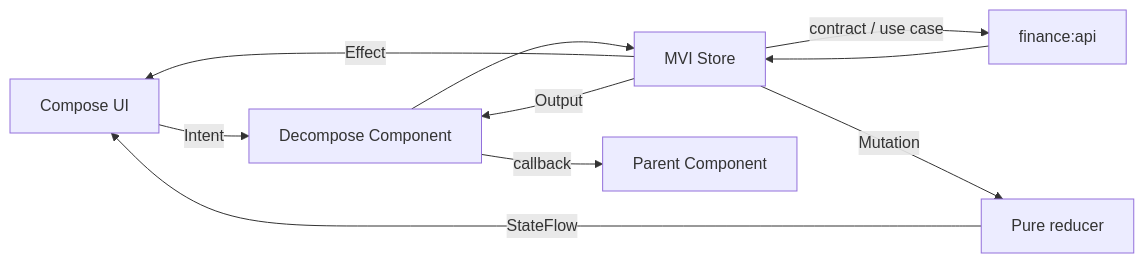
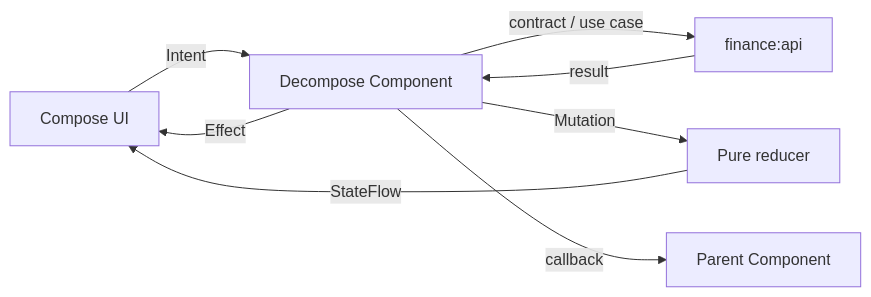
One commit to zagir005/ya_money changed the third of 3 diagrams in arch.md. Above: the diagram before and after it, drawn with Mermaid. The commit also changed other lines of this file and 55 other files, not shown here.

Commit message:
Добавил: Поменял контракт для Mvi Добавил MviComponent Убрал MetroDI, заменил на ручной DI

````diff
--- a/arch.md
+++ b/arch.md
@@ -307,12 +339,10 @@
 ```mermaid
 flowchart LR
     Compose["Compose UI"] -->|Intent| Component["Decompose Component"]
-    Component --> Store["MVI Store"]
-    Store -->|contract / use case| Api["finance:api"]
-    Api --> Store
-    Store -->|Mutation| Reducer["Pure reducer"]
+    Component -->|contract / use case| Api["finance:api"]
+    Api -->|result| Component
+    Component -->|Mutation| Reducer["Pure reducer"]
     Reducer -->|StateFlow| Compose
-    Store -->|Effect| Compose
-    Store -->|Output| Component
+    Component -->|Effect| Compose
     Component -->|callback| Parent["Parent Component"]
 ```
````
